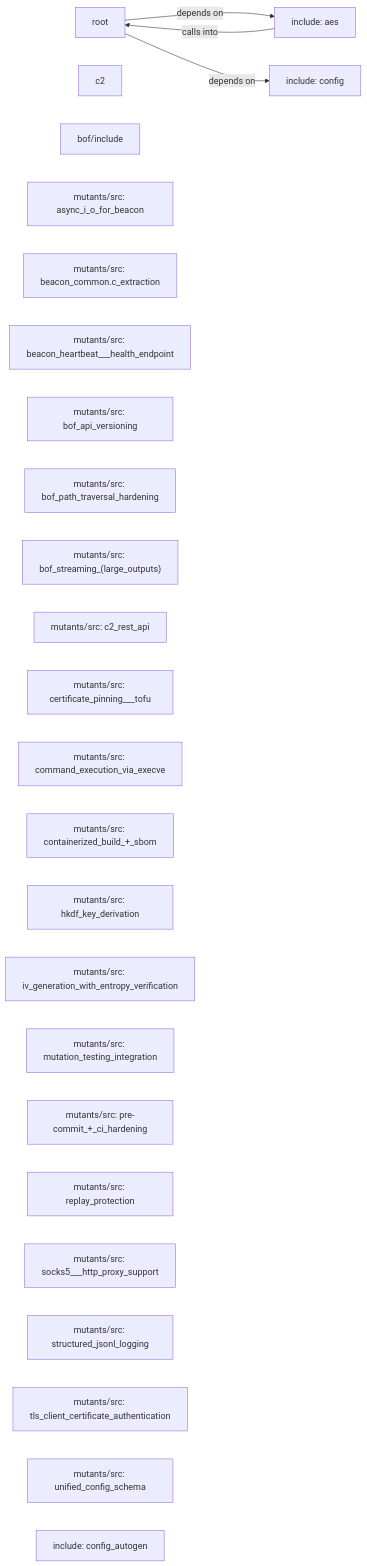
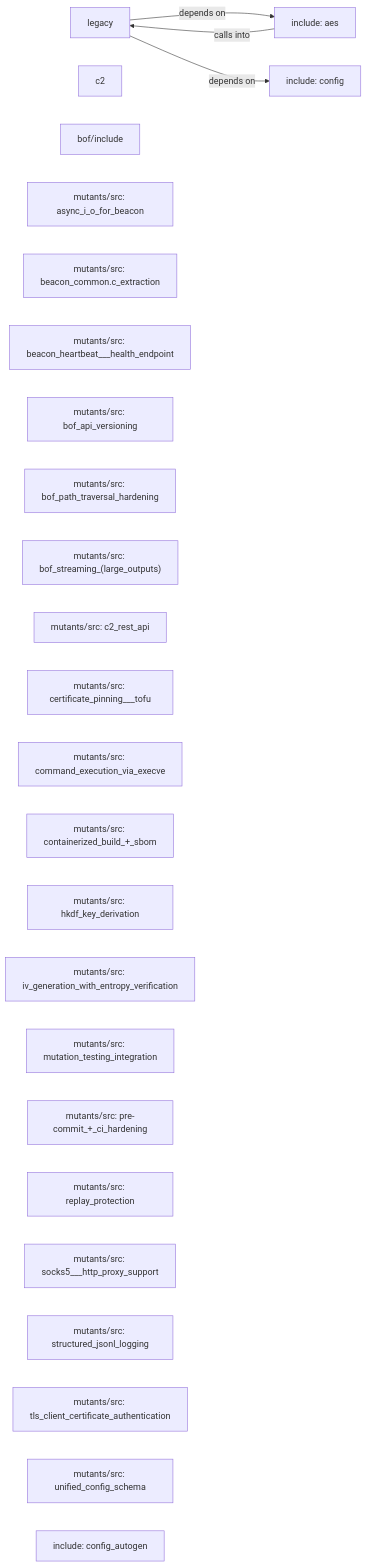
One commit to grisuno/blacksandbeacon changed the diagram in readmenator-diagrams/overview.md. Above: the diagram before and after it, drawn with Mermaid. The commit also changed other lines of this file and 160 other files, not shown here.

````diff
--- a/readmenator-diagrams/overview.md
+++ b/readmenator-diagrams/overview.md
@@ -1,35 +1,35 @@
 ```mermaid
 graph LR
-    root["root"]
+    legacy["legacy"]
     c2["c2"]
     bof_include["bof/include"]
     include_aes["include: aes"]
     include_config["include: config"]
     mutants_src_async_i_o_for_beacon["mutants/src: async_i_o_for_beacon"]
     mutants_src_beacon_common_c_extraction["mutants/src: beacon_common.c_extraction"]
     mutants_src_beacon_heartbeat___health_endpoint["mutants/src: beacon_heartbeat___health_endpoint"]
     mutants_src_bof_api_versioning["mutants/src: bof_api_versioning"]
     mutants_src_bof_path_traversal_hardening["mutants/src: bof_path_traversal_hardening"]
     mutants_src_bof_streaming__large_outputs_["mutants/src: bof_streaming_(large_outputs)"]
     mutants_src_c2_rest_api["mutants/src: c2_rest_api"]
     mutants_src_certificate_pinning___tofu["mutants/src: certificate_pinning___tofu"]
     mutants_src_command_execution_via_execve["mutants/src: command_execution_via_execve"]
     mutants_src_containerized_build___sbom["mutants/src: containerized_build_+_sbom"]
     mutants_src_hkdf_key_derivation["mutants/src: hkdf_key_derivation"]
     mutants_src_iv_generation_with_entropy_verification["mutants/src: iv_generation_with_entropy_verification"]
     mutants_src_mutation_testing_integration["mutants/src: mutation_testing_integration"]
     mutants_src_pre_commit___ci_hardening["mutants/src: pre-commit_+_ci_hardening"]
     mutants_src_replay_protection["mutants/src: replay_protection"]
     mutants_src_socks5___http_proxy_support["mutants/src: socks5___http_proxy_support"]
     mutants_src_structured_jsonl_logging["mutants/src: structured_jsonl_logging"]
     mutants_src_tls_client_certificate_authentication["mutants/src: tls_client_certificate_authentication"]
     mutants_src_unified_config_schema["mutants/src: unified_config_schema"]
     include_config_autogen["include: config_autogen"]
-    root -- "depends on" --> include_aes
-    root -- "depends on" --> include_config
-    include_aes -- "calls into" --> root
-    click root href "./root.md" "Details"
+    legacy -- "depends on" --> include_aes
+    legacy -- "depends on" --> include_config
+    include_aes -- "calls into" --> legacy
+    click legacy href "./legacy.md" "Details"
     click c2 href "./c2.md" "Details"
     click include_aes href "./include_aes.md" "Details"
     click include_config href "./include_config.md" "Details"
 ```
````
